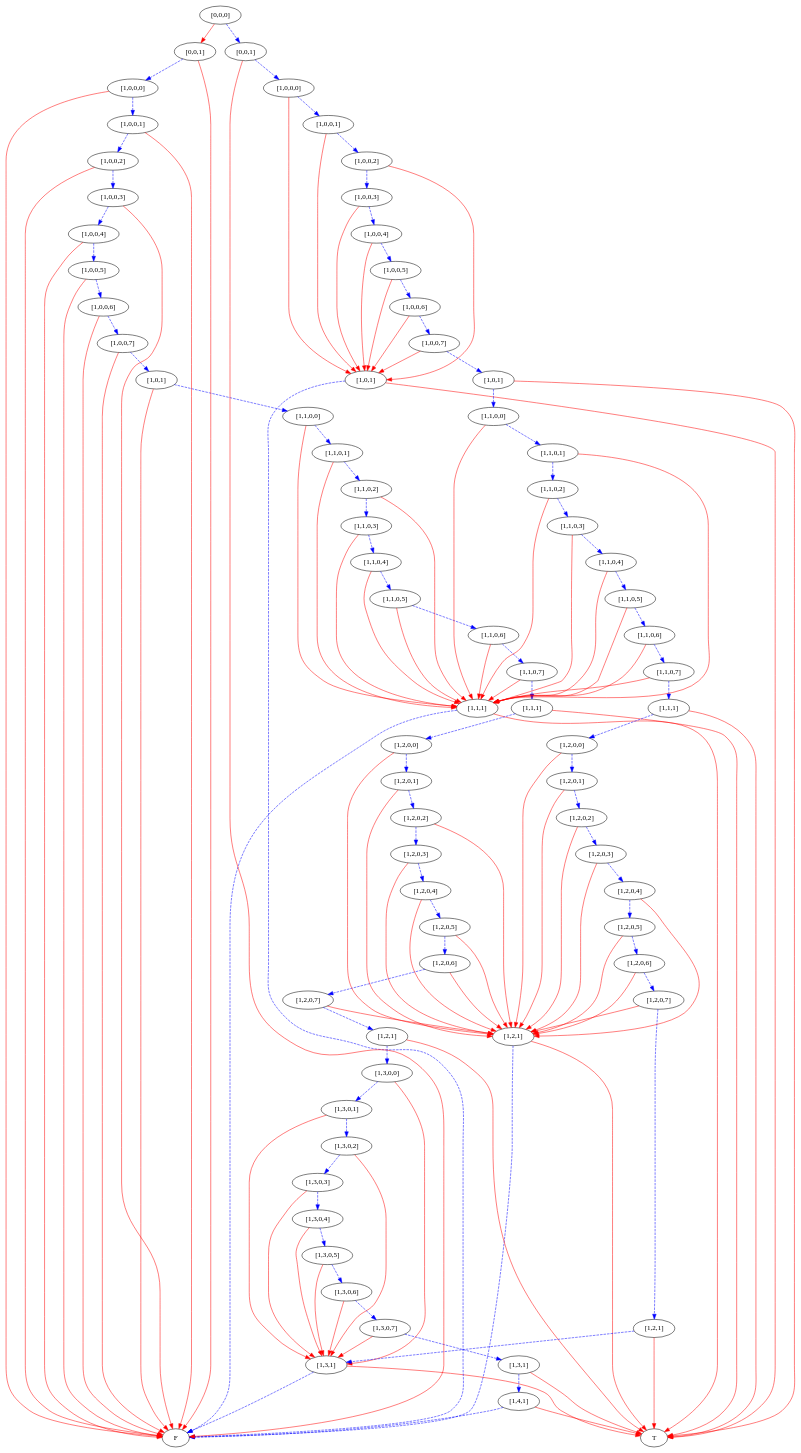
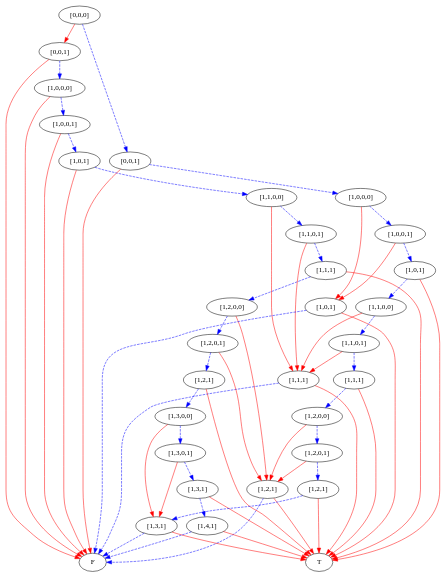
Before and after one commit to mburyakov/minxmod: the diagram in simpleProgram5bstates/7.dot, drawn with Graphviz. The commit also changed 11 other files, not shown here.

```diff
--- a/simpleProgram5bstates/7.dot
+++ b/simpleProgram5bstates/7.dot
@@ -6,72 +6,30 @@
     5 [label="[1,3,1]"];
     6 [label="[1,4,1]"];
     7 [label="[1,3,1]"];
-    8 [label="[1,3,0,7]"];
-    9 [label="[1,3,0,6]"];
-    10 [label="[1,3,0,5]"];
-    11 [label="[1,3,0,4]"];
-    12 [label="[1,3,0,3]"];
-    13 [label="[1,3,0,2]"];
-    14 [label="[1,3,0,1]"];
-    15 [label="[1,3,0,0]"];
-    16 [label="[1,2,1]"];
-    17 [label="[1,2,0,7]"];
-    18 [label="[1,2,0,6]"];
-    19 [label="[1,2,0,5]"];
-    20 [label="[1,2,0,4]"];
-    21 [label="[1,2,0,3]"];
-    22 [label="[1,2,0,2]"];
-    23 [label="[1,2,0,1]"];
-    24 [label="[1,2,0,0]"];
-    25 [label="[1,1,1]"];
-    26 [label="[1,1,0,7]"];
-    27 [label="[1,1,0,6]"];
-    28 [label="[1,1,0,5]"];
-    29 [label="[1,1,0,4]"];
-    30 [label="[1,1,0,3]"];
-    31 [label="[1,1,0,2]"];
-    32 [label="[1,1,0,1]"];
-    33 [label="[1,1,0,0]"];
-    34 [label="[1,0,1]"];
-    35 [label="[1,0,0,7]"];
-    36 [label="[1,0,0,6]"];
-    37 [label="[1,0,0,5]"];
-    38 [label="[1,0,0,4]"];
-    39 [label="[1,0,0,3]"];
-    40 [label="[1,0,0,2]"];
-    41 [label="[1,0,0,1]"];
-    42 [label="[1,0,0,0]"];
-    43 [label="[0,0,1]"];
-    44 [label="[1,0,1]"];
-    45 [label="[1,2,1]"];
-    46 [label="[1,2,0,7]"];
-    47 [label="[1,2,0,6]"];
-    48 [label="[1,2,0,5]"];
-    49 [label="[1,2,0,4]"];
-    50 [label="[1,2,0,3]"];
-    51 [label="[1,2,0,2]"];
-    52 [label="[1,2,0,1]"];
-    53 [label="[1,2,0,0]"];
-    54 [label="[1,1,1]"];
-    55 [label="[1,1,0,7]"];
-    56 [label="[1,1,0,6]"];
-    57 [label="[1,1,0,5]"];
-    58 [label="[1,1,0,4]"];
-    59 [label="[1,1,0,3]"];
-    60 [label="[1,1,0,2]"];
-    61 [label="[1,1,0,1]"];
-    62 [label="[1,1,0,0]"];
-    63 [label="[1,0,1]"];
-    64 [label="[1,0,0,7]"];
-    65 [label="[1,0,0,6]"];
-    66 [label="[1,0,0,5]"];
-    67 [label="[1,0,0,4]"];
-    68 [label="[1,0,0,3]"];
-    69 [label="[1,0,0,2]"];
-    70 [label="[1,0,0,1]"];
-    71 [label="[1,0,0,0]"];
-    72 [label="[0,0,1]"];
-    73 [label="[0,0,0]"];
+    8 [label="[1,3,0,1]"];
+    9 [label="[1,3,0,0]"];
+    10 [label="[1,2,1]"];
+    11 [label="[1,2,0,1]"];
+    12 [label="[1,2,0,0]"];
+    13 [label="[1,1,1]"];
+    14 [label="[1,1,0,1]"];
+    15 [label="[1,1,0,0]"];
+    16 [label="[1,0,1]"];
+    17 [label="[1,0,0,1]"];
+    18 [label="[1,0,0,0]"];
+    19 [label="[0,0,1]"];
+    20 [label="[1,0,1]"];
+    21 [label="[1,2,1]"];
+    22 [label="[1,2,0,1]"];
+    23 [label="[1,2,0,0]"];
+    24 [label="[1,1,1]"];
+    25 [label="[1,1,0,1]"];
+    26 [label="[1,1,0,0]"];
+    27 [label="[1,0,1]"];
+    28 [label="[1,0,0,1]"];
+    29 [label="[1,0,0,0]"];
+    30 [label="[0,0,1]"];
+    31 [label="[0,0,0]"];
     3 -> 1 [style=dashed
            ,color=blue];
     3 -> 2 [color=red];
@@ -93,196 +51,70 @@
     9 -> 5 [color=red];
     9 -> 8 [style=dashed
            ,color=blue];
-    10 -> 5 [color=red];
     10 -> 9 [style=dashed
             ,color=blue];
-    11 -> 5 [color=red];
+    10 -> 2 [color=red];
+    11 -> 4 [color=red];
     11 -> 10 [style=dashed
              ,color=blue];
-    12 -> 5 [color=red];
+    12 -> 4 [color=red];
     12 -> 11 [style=dashed
              ,color=blue];
-    13 -> 5 [color=red];
     13 -> 12 [style=dashed
              ,color=blue];
-    14 -> 5 [color=red];
+    13 -> 2 [color=red];
+    14 -> 3 [color=red];
     14 -> 13 [style=dashed
              ,color=blue];
-    15 -> 5 [color=red];
+    15 -> 3 [color=red];
     15 -> 14 [style=dashed
              ,color=blue];
     16 -> 15 [style=dashed
              ,color=blue];
-    16 -> 2 [color=red];
-    17 -> 4 [color=red];
+    16 -> 1 [color=red];
     17 -> 16 [style=dashed
              ,color=blue];
-    18 -> 4 [color=red];
+    17 -> 1 [color=red];
     18 -> 17 [style=dashed
              ,color=blue];
-    19 -> 4 [color=red];
+    18 -> 1 [color=red];
     19 -> 18 [style=dashed
              ,color=blue];
-    20 -> 4 [color=red];
-    20 -> 19 [style=dashed
-             ,color=blue];
-    21 -> 4 [color=red];
-    21 -> 20 [style=dashed
-             ,color=blue];
+    19 -> 1 [color=red];
+    20 -> 1 [style=dashed
+            ,color=blue];
+    20 -> 2 [color=red];
+    21 -> 5 [style=dashed
+            ,color=blue];
+    21 -> 2 [color=red];
     22 -> 4 [color=red];
     22 -> 21 [style=dashed
              ,color=blue];
     23 -> 4 [color=red];
     23 -> 22 [style=dashed
              ,color=blue];
-    24 -> 4 [color=red];
     24 -> 23 [style=dashed
              ,color=blue];
+    24 -> 2 [color=red];
+    25 -> 3 [color=red];
     25 -> 24 [style=dashed
              ,color=blue];
-    25 -> 2 [color=red];
     26 -> 3 [color=red];
     26 -> 25 [style=dashed
              ,color=blue];
-    27 -> 3 [color=red];
     27 -> 26 [style=dashed
              ,color=blue];
-    28 -> 3 [color=red];
+    27 -> 2 [color=red];
+    28 -> 20 [color=red];
     28 -> 27 [style=dashed
              ,color=blue];
-    29 -> 3 [color=red];
+    29 -> 20 [color=red];
     29 -> 28 [style=dashed
              ,color=blue];
-    30 -> 3 [color=red];
     30 -> 29 [style=dashed
              ,color=blue];
-    31 -> 3 [color=red];
+    30 -> 1 [color=red];
+    31 -> 19 [color=red];
     31 -> 30 [style=dashed
              ,color=blue];
-    32 -> 3 [color=red];
-    32 -> 31 [style=dashed
-             ,color=blue];
-    33 -> 3 [color=red];
-    33 -> 32 [style=dashed
-             ,color=blue];
-    34 -> 33 [style=dashed
-             ,color=blue];
-    34 -> 1 [color=red];
-    35 -> 34 [style=dashed
-             ,color=blue];
-    35 -> 1 [color=red];
-    36 -> 35 [style=dashed
-             ,color=blue];
-    36 -> 1 [color=red];
-    37 -> 36 [style=dashed
-             ,color=blue];
-    37 -> 1 [color=red];
-    38 -> 37 [style=dashed
-             ,color=blue];
-    38 -> 1 [color=red];
-    39 -> 38 [style=dashed
-             ,color=blue];
-    39 -> 1 [color=red];
-    40 -> 39 [style=dashed
-             ,color=blue];
-    40 -> 1 [color=red];
-    41 -> 40 [style=dashed
-             ,color=blue];
-    41 -> 1 [color=red];
-    42 -> 41 [style=dashed
-             ,color=blue];
-    42 -> 1 [color=red];
-    43 -> 42 [style=dashed
-             ,color=blue];
-    43 -> 1 [color=red];
-    44 -> 1 [style=dashed
-            ,color=blue];
-    44 -> 2 [color=red];
-    45 -> 5 [style=dashed
-            ,color=blue];
-    45 -> 2 [color=red];
-    46 -> 4 [color=red];
-    46 -> 45 [style=dashed
-             ,color=blue];
-    47 -> 4 [color=red];
-    47 -> 46 [style=dashed
-             ,color=blue];
-    48 -> 4 [color=red];
-    48 -> 47 [style=dashed
-             ,color=blue];
-    49 -> 4 [color=red];
-    49 -> 48 [style=dashed
-             ,color=blue];
-    50 -> 4 [color=red];
-    50 -> 49 [style=dashed
-             ,color=blue];
-    51 -> 4 [color=red];
-    51 -> 50 [style=dashed
-             ,color=blue];
-    52 -> 4 [color=red];
-    52 -> 51 [style=dashed
-             ,color=blue];
-    53 -> 4 [color=red];
-    53 -> 52 [style=dashed
-             ,color=blue];
-    54 -> 53 [style=dashed
-             ,color=blue];
-    54 -> 2 [color=red];
-    55 -> 3 [color=red];
-    55 -> 54 [style=dashed
-             ,color=blue];
-    56 -> 3 [color=red];
-    56 -> 55 [style=dashed
-             ,color=blue];
-    57 -> 3 [color=red];
-    57 -> 56 [style=dashed
-             ,color=blue];
-    58 -> 3 [color=red];
-    58 -> 57 [style=dashed
-             ,color=blue];
-    59 -> 3 [color=red];
-    59 -> 58 [style=dashed
-             ,color=blue];
-    60 -> 3 [color=red];
-    60 -> 59 [style=dashed
-             ,color=blue];
-    61 -> 3 [color=red];
-    61 -> 60 [style=dashed
-             ,color=blue];
-    62 -> 3 [color=red];
-    62 -> 61 [style=dashed
-             ,color=blue];
-    63 -> 62 [style=dashed
-             ,color=blue];
-    63 -> 2 [color=red];
-    64 -> 44 [color=red];
-    64 -> 63 [style=dashed
-             ,color=blue];
-    65 -> 44 [color=red];
-    65 -> 64 [style=dashed
-             ,color=blue];
-    66 -> 44 [color=red];
-    66 -> 65 [style=dashed
-             ,color=blue];
-    67 -> 44 [color=red];
-    67 -> 66 [style=dashed
-             ,color=blue];
-    68 -> 44 [color=red];
-    68 -> 67 [style=dashed
-             ,color=blue];
-    69 -> 44 [color=red];
-    69 -> 68 [style=dashed
-             ,color=blue];
-    70 -> 44 [color=red];
-    70 -> 69 [style=dashed
-             ,color=blue];
-    71 -> 44 [color=red];
-    71 -> 70 [style=dashed
-             ,color=blue];
-    72 -> 71 [style=dashed
-             ,color=blue];
-    72 -> 1 [color=red];
-    73 -> 43 [color=red];
-    73 -> 72 [style=dashed
-             ,color=blue];
 }
```
